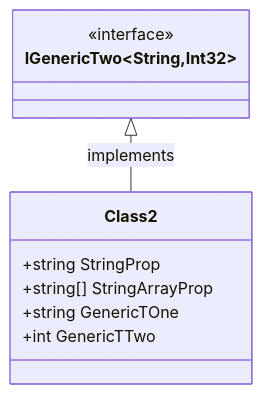
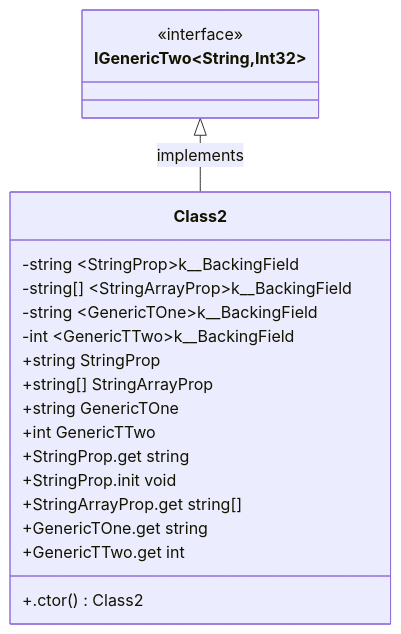
The second of 7 diagrams in test/SampleProject/CODE_METRICS.md (erichiller/gh-action-cs-metrics), drawn with Mermaid before and after one commit. The commit also changed other lines of this file, not shown here.

````diff
--- a/test/SampleProject/CODE_METRICS.md
+++ b/test/SampleProject/CODE_METRICS.md
@@ -220,17 +237,27 @@
 ```mermaid
 %%{init: {
     'fontFamily': 'monospace'
 } }%%
 classDiagram
 SomeRoot_SampleProject_IGenericTwo_System_String__System_Int32_ <|-- SomeRoot_SampleProject_Class2 : implements
 class SomeRoot_SampleProject_IGenericTwo_System_String__System_Int32_ ["IGenericTwo&lt;String,Int32&gt;"] {
     <<interface>>
 }
 class SomeRoot_SampleProject_Class2 ["Class2"] {
+    -string &lt;StringProp&gt;k__BackingField
+    -string[] &lt;StringArrayProp&gt;k__BackingField
+    -string &lt;GenericTOne&gt;k__BackingField
+    -int &lt;GenericTTwo&gt;k__BackingField
     +string StringProp
     +string[] StringArrayProp
     +string GenericTOne
     +int GenericTTwo
+    +StringProp.get string
+    +StringProp.init void
+    +StringArrayProp.get string[]
+    +GenericTOne.get string
+    +GenericTTwo.get int
+    +.ctor() Class2
 }
 
 ```
````
